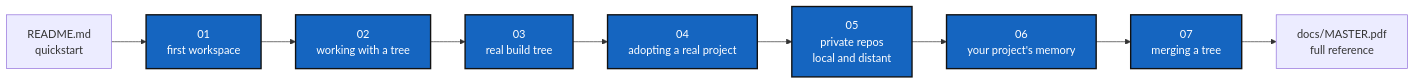
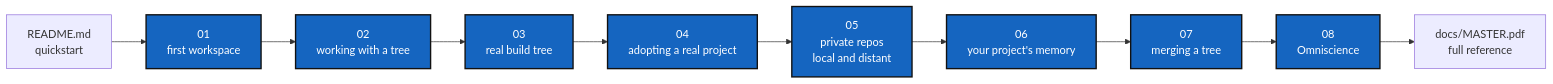
The diagram in tutorials/README.md (flipoyo/ComplexGitSync), drawn with Mermaid before and after one commit. The commit also changed other lines of this file and 24 other files, not shown here.

````diff
--- a/tutorials/README.md
+++ b/tutorials/README.md
@@ -29,14 +29,15 @@
 ```mermaid
 graph LR
     README["README.md<br/>quickstart"] --> T1["01<br/>first workspace"]
     T1 --> T2["02<br/>working with a tree"]
     T2 --> T3["03<br/>real build tree"]
     T3 --> T4["04<br/>adopting a real project"]
     T4 --> T5["05<br/>private repos<br/>local and distant"]
     T5 --> T6["06<br/>your project's memory"]
     T6 --> T7["07<br/>merging a tree"]
-    T7 --> REF["docs/MASTER.pdf<br/>full reference"]
+    T7 --> T8["08<br/>Omniscience"]
+    T8 --> REF["docs/MASTER.pdf<br/>full reference"]
 
     classDef here fill:#1565C0,color:#fff,stroke:#111,stroke-width:2px;
-    class T1,T2,T3,T4,T5,T6,T7 here;
+    class T1,T2,T3,T4,T5,T6,T7,T8 here;
 ```
````
